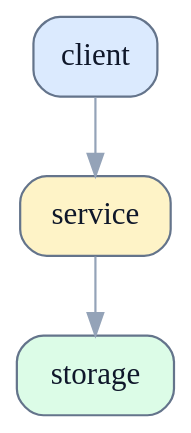
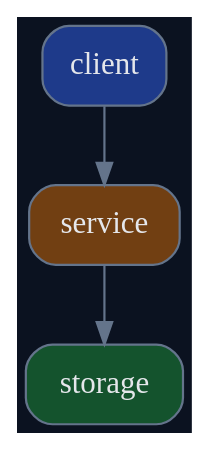
The diagram in skills/write-doc/modes/readme/templates/project-readme-template.md (terencefan/inority-workspace), drawn with Graphviz before and after one commit. The commit also changed 45 other files, not shown here.

````diff
--- a/skills/write-doc/modes/readme/templates/project-readme-template.md
+++ b/skills/write-doc/modes/readme/templates/project-readme-template.md
@@ -22,14 +22,14 @@
 ```dot
 digraph ProjectOverview {
-  graph [bgcolor="transparent"];
-  node [shape=box, style="rounded,filled", color="#64748b", fontcolor="#0f172a", fillcolor="#f8fafc"];
-  edge [color="#94a3b8", fontcolor="#94a3b8"];
+  graph [bgcolor="#0b1220"];
+  node [shape=box, style="rounded,filled", color="#64748b", fontcolor="#e5e7eb", fillcolor="#0f172a"];
+  edge [color="#64748b", fontcolor="#64748b"];
 
-  client [label="client", fillcolor="#dbeafe"];
-  service [label="service", fillcolor="#fef3c7"];
-  storage [label="storage", fillcolor="#dcfce7"];
+  client [label="client", fillcolor="#1e3a8a"];
+  service [label="service", fillcolor="#713f12"];
+  storage [label="storage", fillcolor="#14532d"];
 
   client -> service;
   service -> storage;
 }
 ```
````
